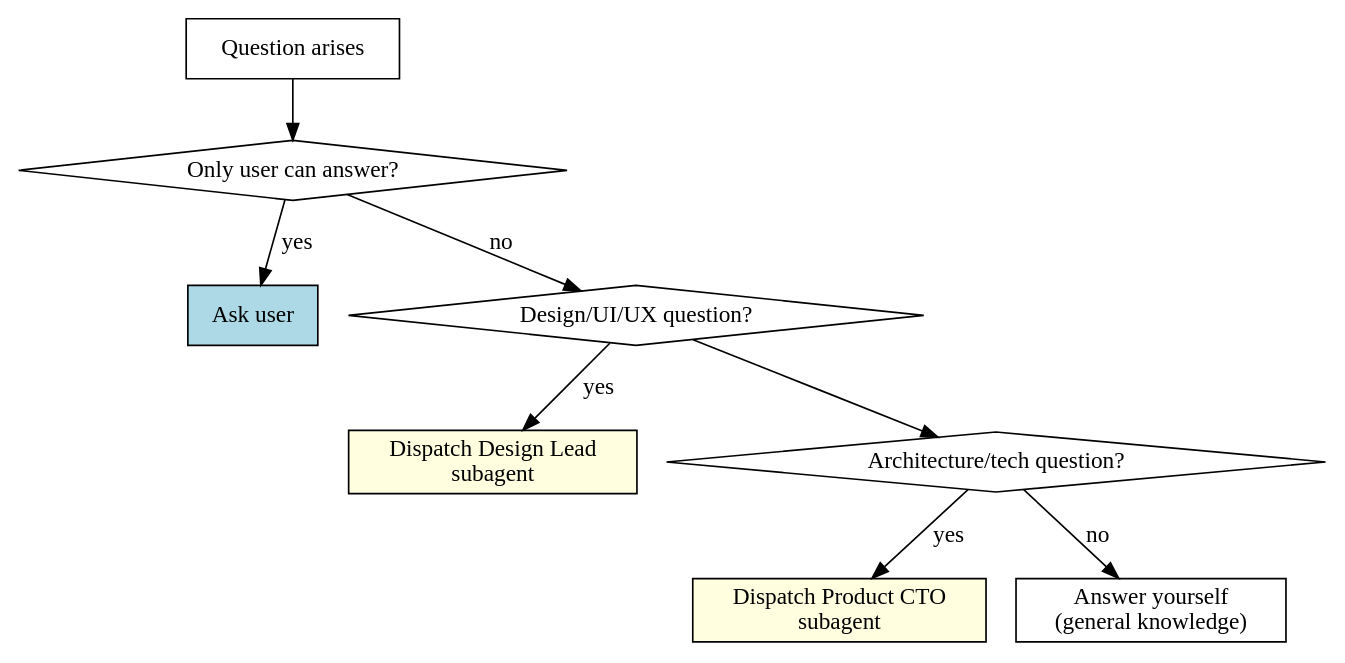
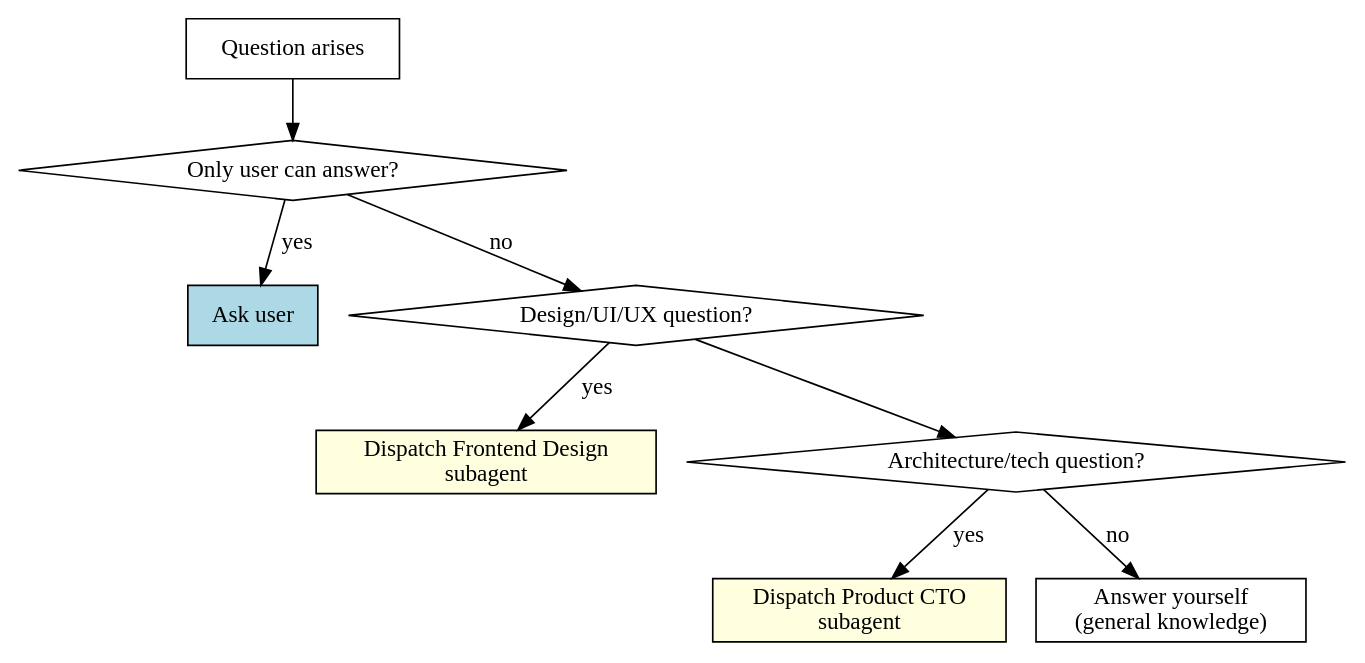
One commit to yves-s/just-ship changed the second of 2 diagrams in skills/brainstorming.md. Above: the diagram before and after it, drawn with Graphviz. The commit also changed other lines of this file and 12 other files, not shown here.

````diff
--- a/skills/brainstorming.md
+++ b/skills/brainstorming.md
@@ -89,20 +89,20 @@
 ```dot
 digraph triage {
     "Question arises" [shape=box];
     "Only user can answer?" [shape=diamond];
     "Ask user" [shape=box, style=filled, fillcolor=lightblue];
     "Design/UI/UX question?" [shape=diamond];
-    "Dispatch Design Lead\nsubagent" [shape=box, style=filled, fillcolor=lightyellow];
+    "Dispatch Frontend Design\nsubagent" [shape=box, style=filled, fillcolor=lightyellow];
     "Architecture/tech question?" [shape=diamond];
     "Dispatch Product CTO\nsubagent" [shape=box, style=filled, fillcolor=lightyellow];
     "Answer yourself\n(general knowledge)" [shape=box];
 
     "Question arises" -> "Only user can answer?";
     "Only user can answer?" -> "Ask user" [label="yes"];
     "Only user can answer?" -> "Design/UI/UX question?" [label="no"];
-    "Design/UI/UX question?" -> "Dispatch Design Lead\nsubagent" [label="yes"];
+    "Design/UI/UX question?" -> "Dispatch Frontend Design\nsubagent" [label="yes"];
     "Design/UI/UX question?" -> "Architecture/tech question?";
     "Architecture/tech question?" -> "Dispatch Product CTO\nsubagent" [label="yes"];
     "Architecture/tech question?" -> "Answer yourself\n(general knowledge)" [label="no"];
 }
 ```
````
